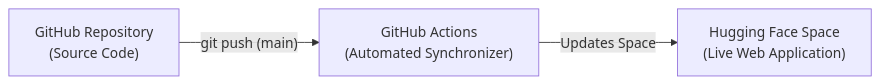
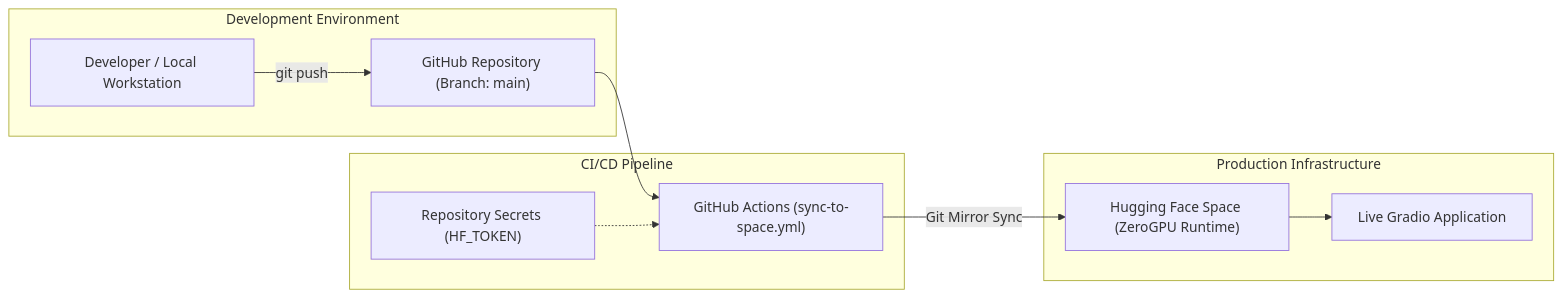
Before and after one commit to Klopezxd/transcriptor-suite: the second of 2 diagrams in README.md, drawn with Mermaid. The commit also changed other lines of this file and 1 other file, not shown here.

Commit message:
docs: elevate architecture diagrams to layered enterprise system design

````diff
--- a/README.md
+++ b/README.md
@@ -131,7 +145,22 @@
 ```mermaid
 flowchart LR
-    A["GitHub Repository
-    (Source Code)"] -->|"git push (main)"| B["GitHub Actions
-    (Automated Synchronizer)"] -->|"Updates Space"| C["Hugging Face Space
-    (Live Web Application)"]
+    subgraph Development ["Development Environment"]
+        Dev["Developer / Local Workstation"]
+        Repo["GitHub Repository (Branch: main)"]
+        Dev -->|"git push"| Repo
+    end
+
+    subgraph Automation ["CI/CD Pipeline"]
+        GHA["GitHub Actions (sync-to-space.yml)"]
+        Secrets["Repository Secrets (HF_TOKEN)"]
+        Repo --> GHA
+        Secrets -.-> GHA
+    end
+
+    subgraph Production ["Production Infrastructure"]
+        Space["Hugging Face Space (ZeroGPU Runtime)"]
+        App["Live Gradio Application"]
+        GHA -->|"Git Mirror Sync"| Space
+        Space --> App
+    end
 ```
````
